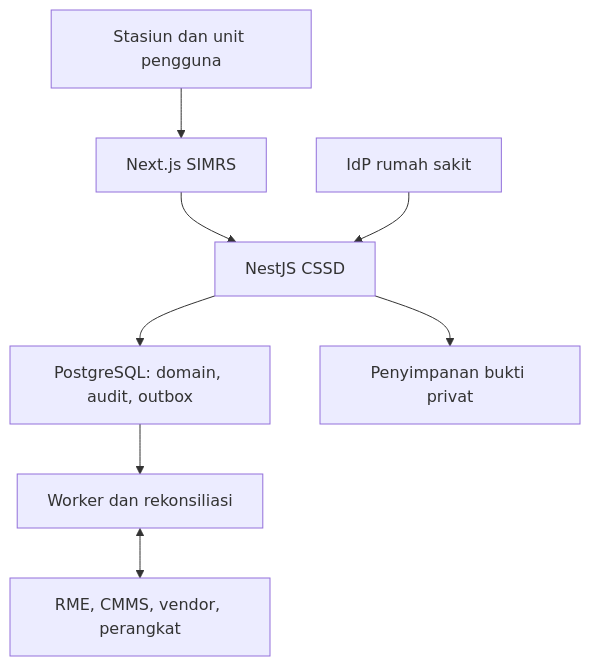
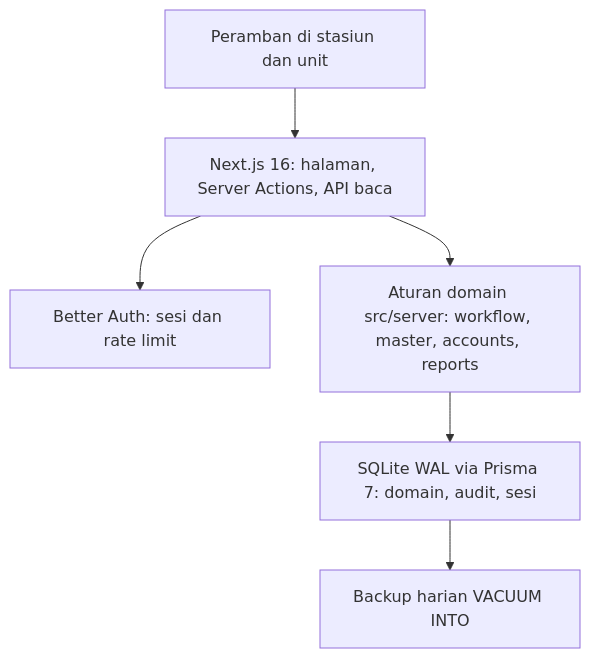
The diagram in CSSD-Master/PRD-MASTER.md (rizzdkp/sterilink-cssd), drawn with Mermaid before and after one commit. The commit also changed other lines of this file and 6 other files, not shown here.

Commit message:
docs(prd): PRD-MASTER v2.0 sesuai aplikasi, status per requirement dan pembagian tim

````diff
--- a/CSSD-Master/PRD-MASTER.md
+++ b/CSSD-Master/PRD-MASTER.md
@@ -55,10 +35,8 @@
 ```mermaid
 flowchart TD
-  S["Stasiun dan unit pengguna"] --> W["Next.js SIMRS"]
-  W --> A["NestJS CSSD"]
-  I["IdP rumah sakit"] --> A
-  A --> D["PostgreSQL: domain, audit, outbox"]
-  A --> O["Penyimpanan bukti privat"]
-  D --> Q["Worker dan rekonsiliasi"]
-  Q <--> E["RME, CMMS, vendor, perangkat"]
+  S["Peramban di stasiun dan unit"] --> W["Next.js 16: halaman, Server Actions, API baca"]
+  W --> A["Better Auth: sesi dan rate limit"]
+  W --> R["Aturan domain src/server: workflow, master, accounts, reports"]
+  R --> D["SQLite WAL via Prisma 7: domain, audit, sesi"]
+  D --> B["Backup harian VACUUM INTO"]
 ```
````
